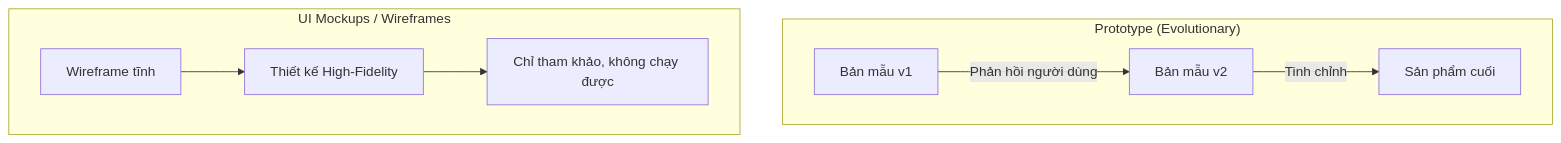
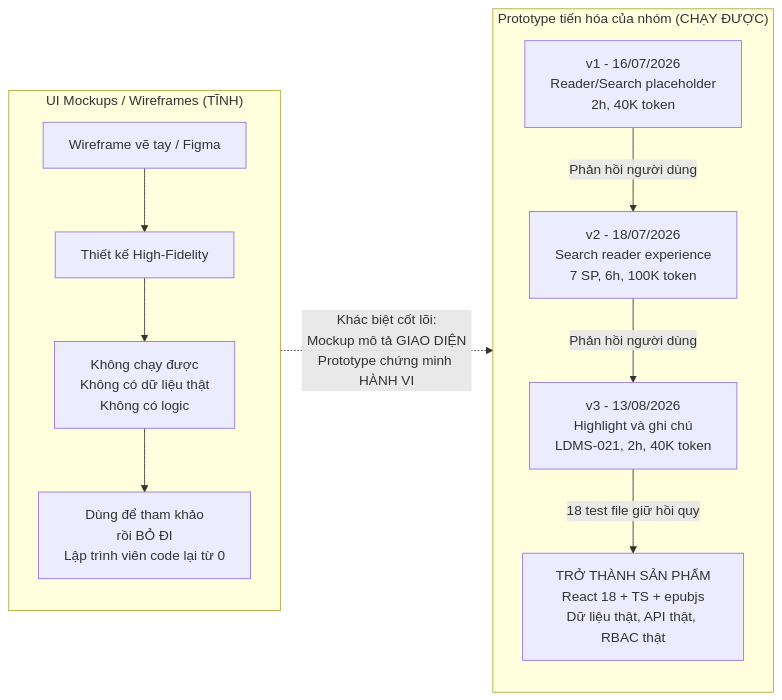
Before and after one commit to se-bros/hcmus-projectmanage--lab: the third of 3 diagrams in final-exam/preparation/3_Architecture_PoC_Prototype/README.md, drawn with Mermaid. The commit also changed other lines of this file and 1 other file, not shown here.

````diff
--- a/final-exam/preparation/3_Architecture_PoC_Prototype/README.md
+++ b/final-exam/preparation/3_Architecture_PoC_Prototype/README.md
@@ -175,12 +375,19 @@
 ```mermaid
-flowchart TD
-    %% Tự hoàn thiện sơ đồ so sánh tại đây
-    subgraph Proto["Prototype (Evolutionary)"]
-        P1["Bản mẫu v1"] -->|Phản hồi người dùng| P2["Bản mẫu v2"]
-        P2 -->|Tinh chỉnh| P3["Sản phẩm cuối"]
+flowchart LR
+    subgraph Mock["UI Mockups / Wireframes (TĨNH)"]
+        direction TB
+        M1["Wireframe vẽ tay / Figma"] --> M2["Thiết kế High-Fidelity"]
+        M2 --> M3["Không chạy được<br>Không có dữ liệu thật<br>Không có logic"]
+        M3 --> M4["Dùng để tham khảo<br>rồi BỎ ĐI<br>Lập trình viên code lại từ 0"]
     end
-    subgraph Mock["UI Mockups / Wireframes"]
-        M1["Wireframe tĩnh"] --> M2["Thiết kế High-Fidelity"]
-        M2 --> M3["Chỉ tham khảo, không chạy được"]
+
+    subgraph Proto["Prototype tiến hóa của nhóm (CHẠY ĐƯỢC)"]
+        direction TB
+        P1["v1 - 16/07/2026<br>Reader/Search placeholder<br>2h, 40K token"]
+        P1 -->|Phản hồi người dùng| P2["v2 - 18/07/2026<br>Search reader experience<br>7 SP, 6h, 100K token"]
+        P2 -->|Phản hồi người dùng| P3["v3 - 13/08/2026<br>Highlight và ghi chú<br>LDMS-021, 2h, 40K token"]
+        P3 -->|18 test file giữ hồi quy| P4["TRỞ THÀNH SẢN PHẨM<br>React 18 + TS + epubjs<br>Dữ liệu thật, API thật, RBAC thật"]
     end
+
+    Mock -.->|"Khác biệt cốt lõi:<br>Mockup mô tả GIAO DIỆN<br>Prototype chứng minh HÀNH VI"| Proto
 ```
````
